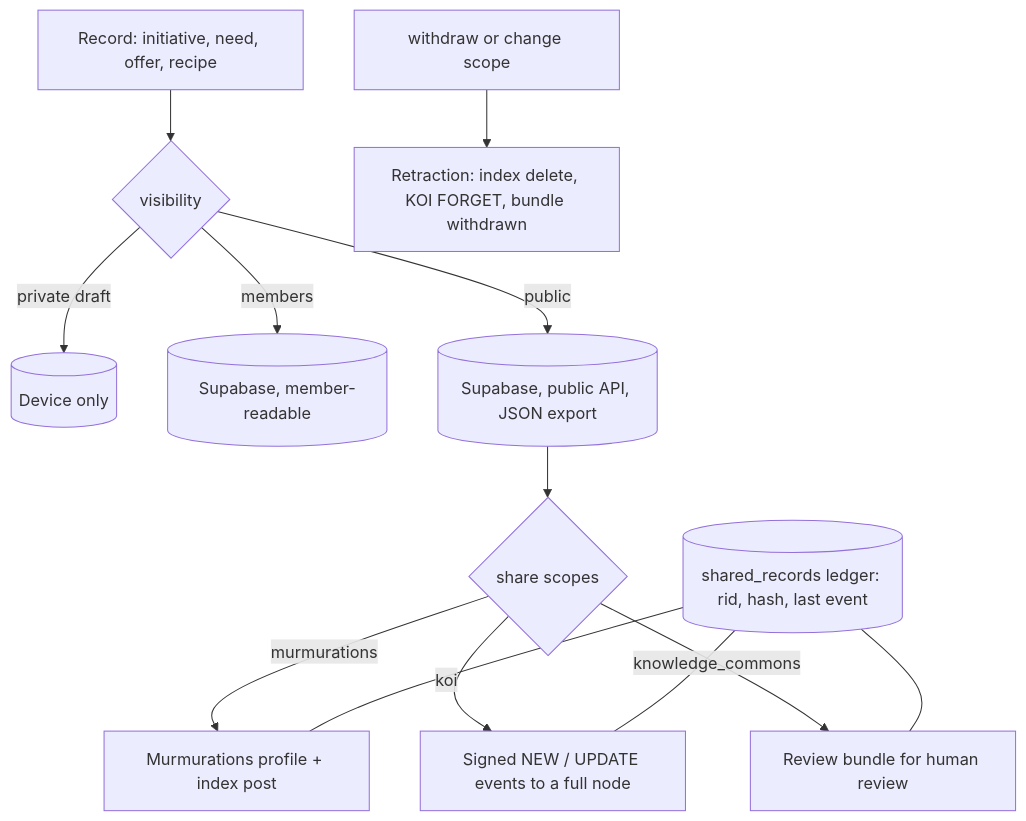
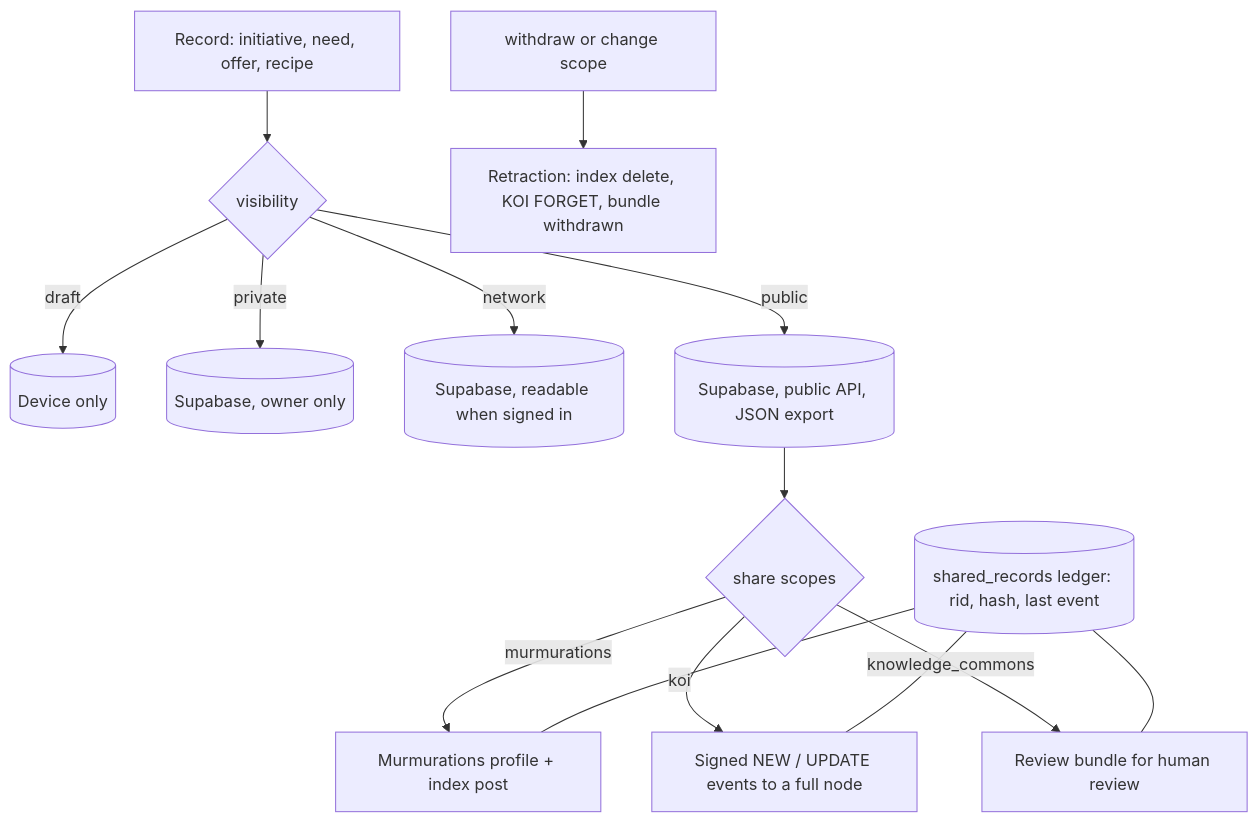
One commit to regen-commons/funding-commons changed the sixth of 7 diagrams in docs/platform/03-logical-architecture.md. Above: the diagram before and after it, drawn with Mermaid. The commit also changed other lines of this file and 9 other files, not shown here.

````diff
--- a/docs/platform/03-logical-architecture.md
+++ b/docs/platform/03-logical-architecture.md
@@ -199,15 +204,16 @@
 ```mermaid
 flowchart TB
   R[Record: initiative, need, offer, recipe] --> V{visibility}
-  V -->|private draft| L[(Device only)]
-  V -->|members| M[(Supabase, member-readable)]
+  V -->|draft| L[(Device only)]
+  V -->|private| O[(Supabase, owner only)]
+  V -->|network| M[(Supabase, readable when signed in)]
   V -->|public| P[(Supabase, public API, JSON export)]
   P --> SC{share scopes}
   SC -->|murmurations| MU[Murmurations profile + index post]
   SC -->|koi| K[Signed NEW / UPDATE events to a full node]
   SC -->|knowledge_commons| KC[Review bundle for human review]
   W[withdraw or change scope] --> X[Retraction: index delete, KOI FORGET, bundle withdrawn]
   SR[(shared_records ledger: rid, hash, last event)] --- MU
   SR --- K
   SR --- KC
 ```
````
